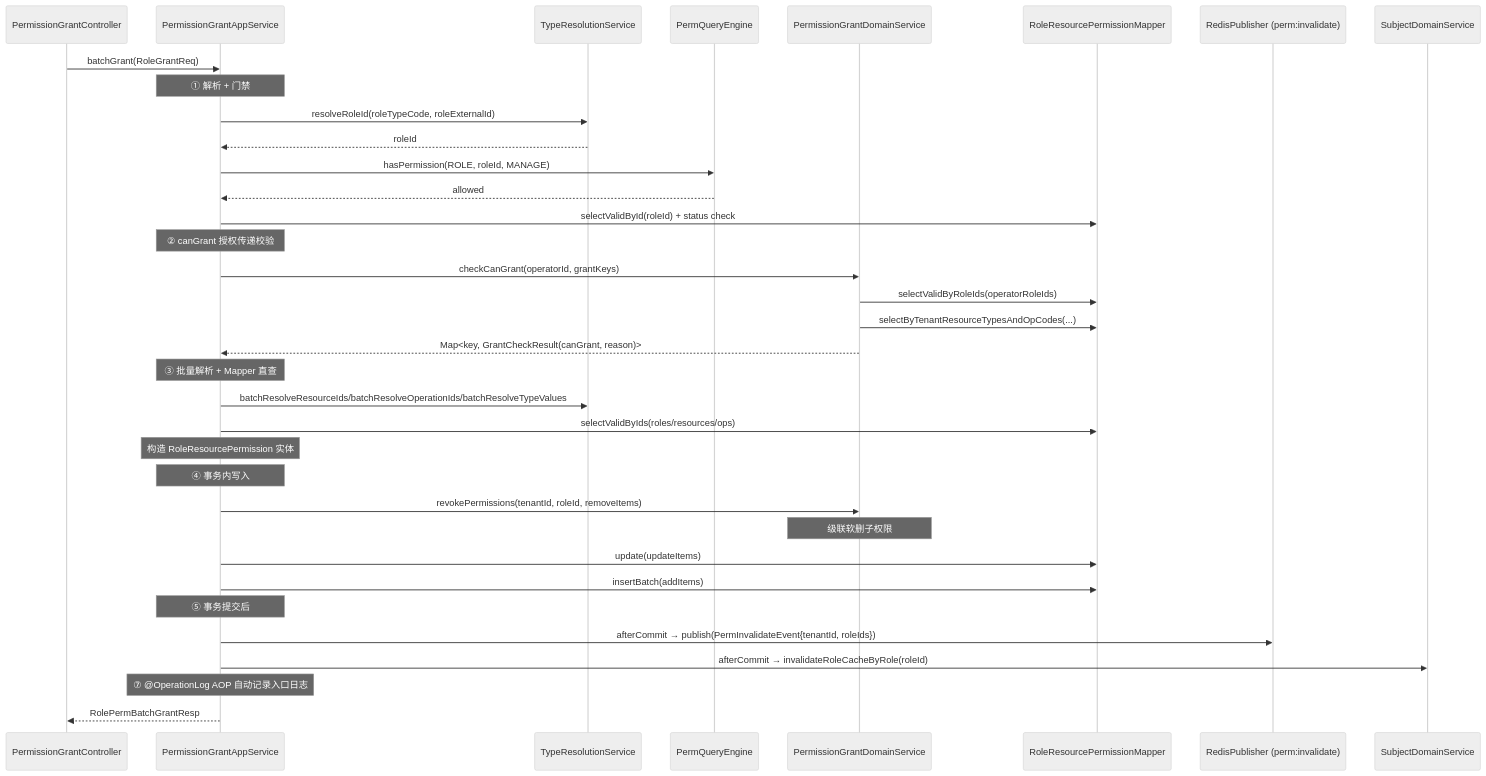
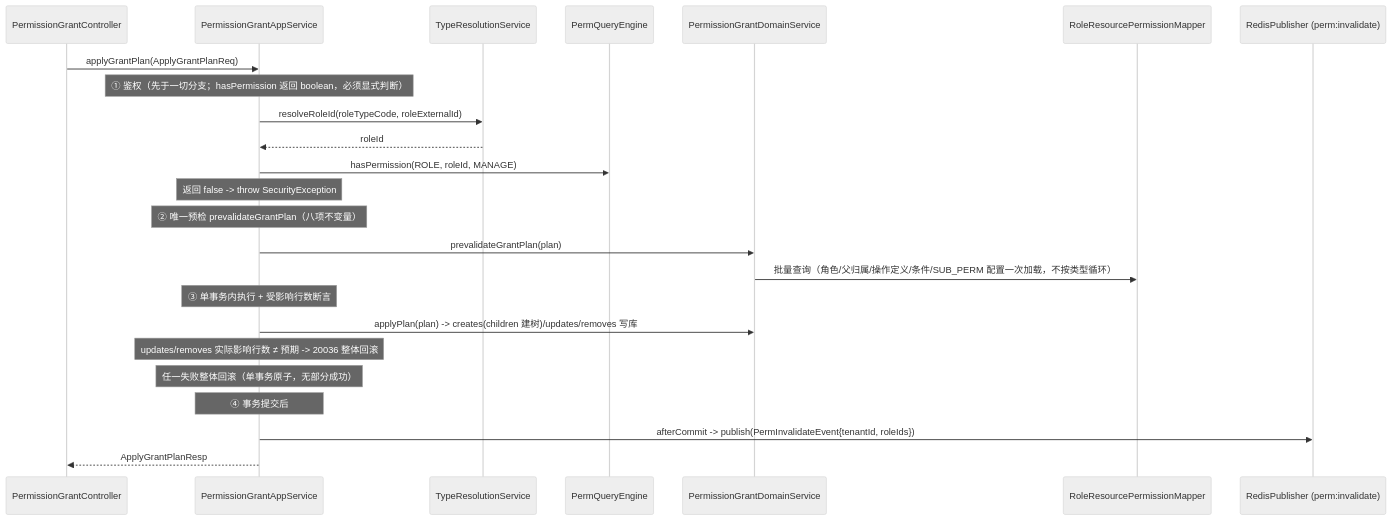
Before and after one commit to fage-org/Access-Mesh: the diagram in docs/design/permission-center/implementation.md, drawn with Mermaid (neutral theme). The commit also changed other lines of this file and 22 other files, not shown here.

First line of the commit message:
docs(permission-grant): v3 设计第十四轮收窄 + 文档治理规范

````diff
--- a/docs/design/permission-center/implementation.md
+++ b/docs/design/permission-center/implementation.md
@@ -483,44 +459,32 @@
 ```mermaid
 sequenceDiagram
     participant C as PermissionGrantController
     participant PS as PermissionGrantAppService
     participant TR as TypeResolutionService
     participant ENG as PermQueryEngine
     participant PGD as PermissionGrantDomainService
     participant Mapper as RoleResourcePermissionMapper
     participant PUB as RedisPublisher (perm:invalidate)
-    participant SUBJ as SubjectDomainService
 
-    C->>PS: batchGrant(RoleGrantReq)
+    C->>PS: applyGrantPlan(ApplyGrantPlanReq)
 
-    Note over PS: ① 解析 + 门禁
+    Note over PS: ① 鉴权（先于一切分支；hasPermission 返回 boolean，必须显式判断）
     PS->>TR: resolveRoleId(roleTypeCode, roleExternalId)
     TR-->>PS: roleId
     PS->>ENG: hasPermission(ROLE, roleId, MANAGE)
-    ENG-->>PS: allowed
-    PS->>Mapper: selectValidById(roleId) + status check
+    Note over PS: 返回 false -> throw SecurityException
 
-    Note over PS: ② canGrant 授权传递校验
-    PS->>PGD: checkCanGrant(operatorId, grantKeys)
-    PGD->>Mapper: selectValidByRoleIds(operatorRoleIds)
-    PGD->>Mapper: selectByTenantResourceTypesAndOpCodes(...)
-    PGD-->>PS: Map<key, GrantCheckResult(canGrant, reason)>
+    Note over PS: ② 唯一预检 prevalidateGrantPlan（八项不变量）
+    PS->>PGD: prevalidateGrantPlan(plan)
+    PGD->>Mapper: 批量查询（角色/父归属/操作定义/条件/SUB_PERM 配置一次加载，不按类型循环）
 
-    Note over PS: ③ 批量解析 + Mapper 直查
-    PS->>TR: batchResolveResourceIds/batchResolveOperationIds/batchResolveTypeValues
-    PS->>Mapper: selectValidByIds(roles/resources/ops)
-    Note over PS: 构造 RoleResourcePermission 实体
+    Note over PS: ③ 单事务内执行 + 受影响行数断言
+    PS->>PGD: applyPlan(plan) -> creates(children 建树)/updates/removes 写库
+    Note over PS: updates/removes 实际影响行数 ≠ 预期 -> 20036 整体回滚
+    Note over PS: 任一失败整体回滚（单事务原子，无部分成功）
 
-    Note over PS: ④ 事务内写入
-    PS->>PGD: revokePermissions(tenantId, roleId, removeItems)
-    Note over PGD: 级联软删子权限
-    PS->>Mapper: update(updateItems)
-    PS->>Mapper: insertBatch(addItems)
+    Note over PS: ④ 事务提交后
+    PS->>PUB: afterCommit -> publish(PermInvalidateEvent{tenantId, roleIds})
 
-    Note over PS: ⑤ 事务提交后
-    PS->>PUB: afterCommit → publish(PermInvalidateEvent{tenantId, roleIds})
-    PS->>SUBJ: afterCommit → invalidateRoleCacheByRole(roleId)
-    Note over PS: ⑦ @OperationLog AOP 自动记录入口日志
-
-    PS-->>C: RolePermBatchGrantResp
+    PS-->>C: ApplyGrantPlanResp
 ```
````
